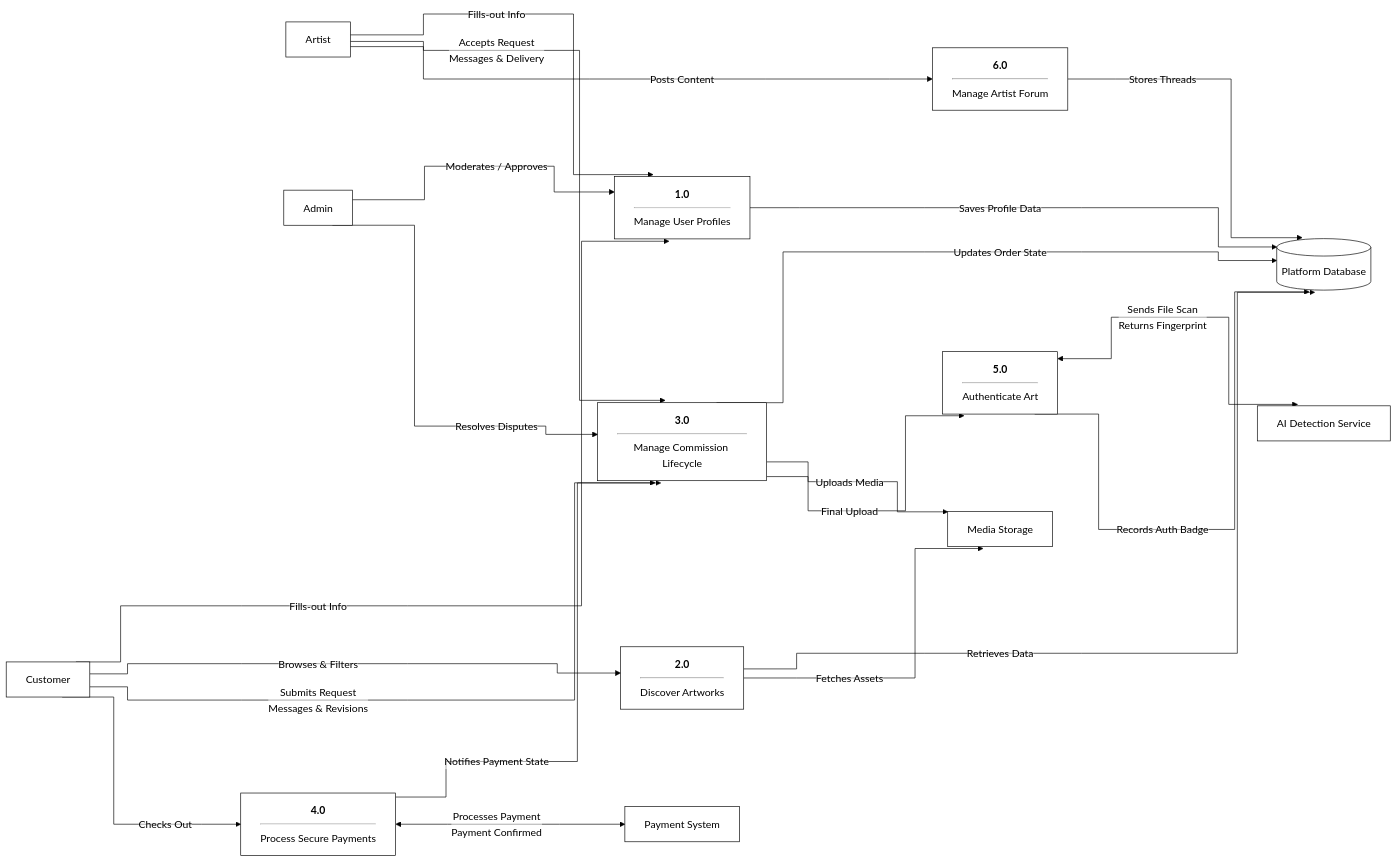
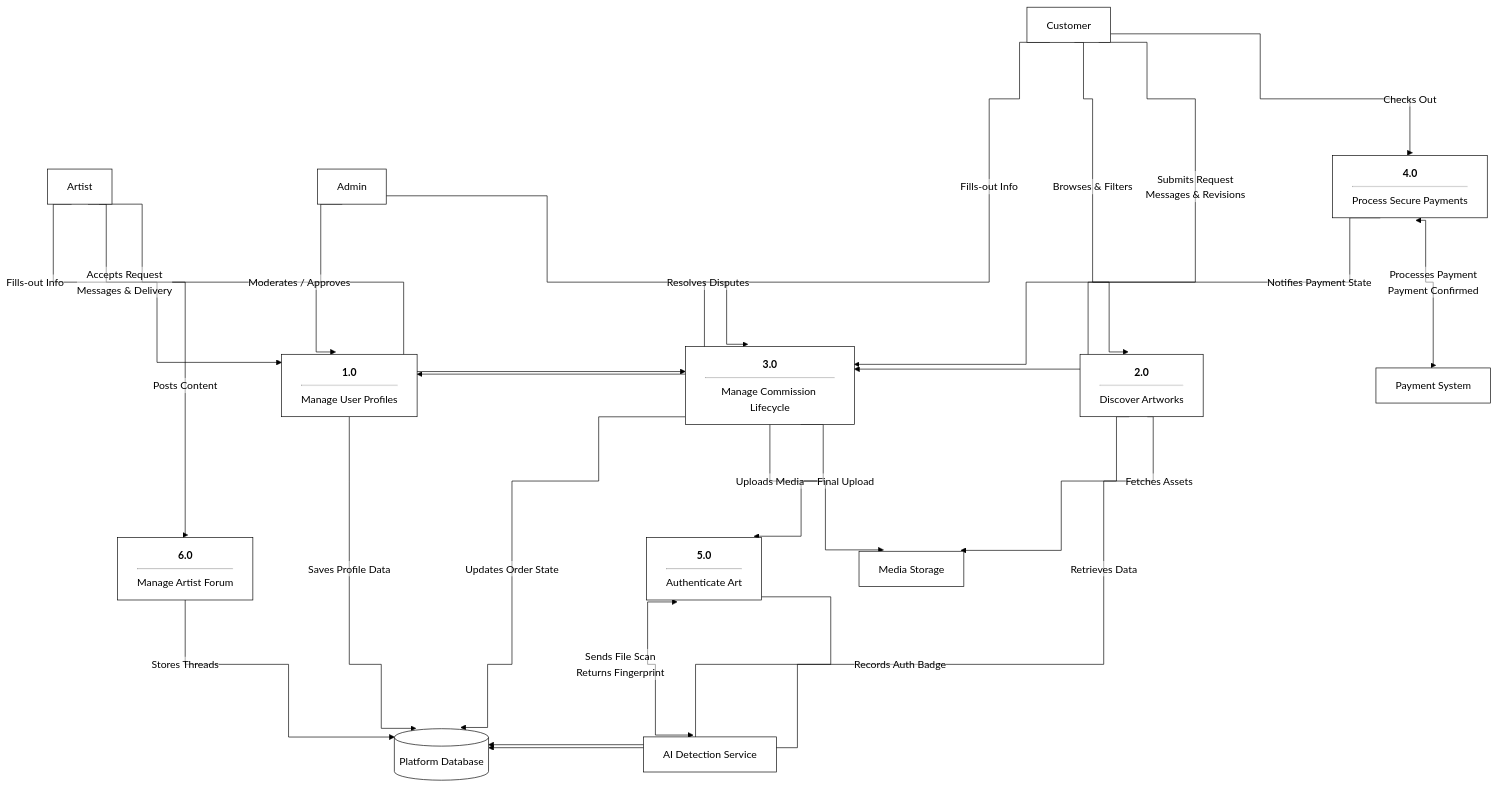
Before and after one commit to binssente-crypto/DFD: the second of 3 diagrams in README.md, drawn with Mermaid. The commit also changed other lines of this file, not shown here.

````diff
--- a/README.md
+++ b/README.md
@@ -32,51 +32,51 @@
 ```mermaid
 %%{init: { 'flowchart': { 'curve': 'step', 'nodeSpacing': 150, 'rankSpacing': 150 }, 'theme': 'base', 'themeVariables': { 'primaryColor': '#ffffff', 'primaryBorderColor': '#000000', 'primaryTextColor': '#000000', 'lineColor': '#000000', 'background': '#ffffff', 'edgeLabelBackground': 'rgba(255, 255, 255, 0)' } }}%%
-graph LR
+graph TD
     %% External Entities
     Customer[Customer]
     Artist[Artist]
     Admin[Admin]
     
     %% Generalized Providers
     Payment[Payment System]
     AI_Auth[AI Detection Service]
     Storage[Media Storage]
     
     %% Database Store
     Database[(Platform Database)]
     
     %% Processes
     P1["<b>1.0</b><hr/>Manage User Profiles"]
     P2["<b>2.0</b><hr/>Discover Artworks"]
     P3["<b>3.0</b><hr/>Manage Commission Lifecycle"]
     P4["<b>4.0</b><hr/>Process Secure Payments"]
     P5["<b>5.0</b><hr/>Authenticate Art"]
     P6["<b>6.0</b><hr/>Manage Artist Forum"]
     
     %% Flows
     Customer -- "Fills-out Info" --> P1
     Artist -- "Fills-out Info" --> P1
     Admin -- "Moderates / Approves" --> P1
     P1 -- "Saves Profile Data" --> Database
     
     Customer -- "Browses & Filters" --> P2
     P2 -- "Retrieves Data" --> Database
     P2 -- "Fetches Assets" --> Storage
     
     Customer -- "Submits Request<br/>Messages & Revisions" --> P3
     Artist -- "Accepts Request<br/>Messages & Delivery" --> P3
     Admin -- "Resolves Disputes" --> P3
     P3 -- "Updates Order State" --> Database
     P3 -- "Uploads Media" --> Storage
     
     Customer -- "Checks Out" --> P4
     P4 -- "Notifies Payment State" --> P3
     P4 <--> |"Processes Payment<br/>Payment Confirmed"| Payment
     
     P3 -- "Final Upload" --> P5
     P5 <--> |"Sends File Scan<br/>Returns Fingerprint"| AI_Auth
     P5 -- "Records Auth Badge" --> Database
     
     Artist -- "Posts Content" --> P6
     P6 -- "Stores Threads" --> Database
 ```
````
